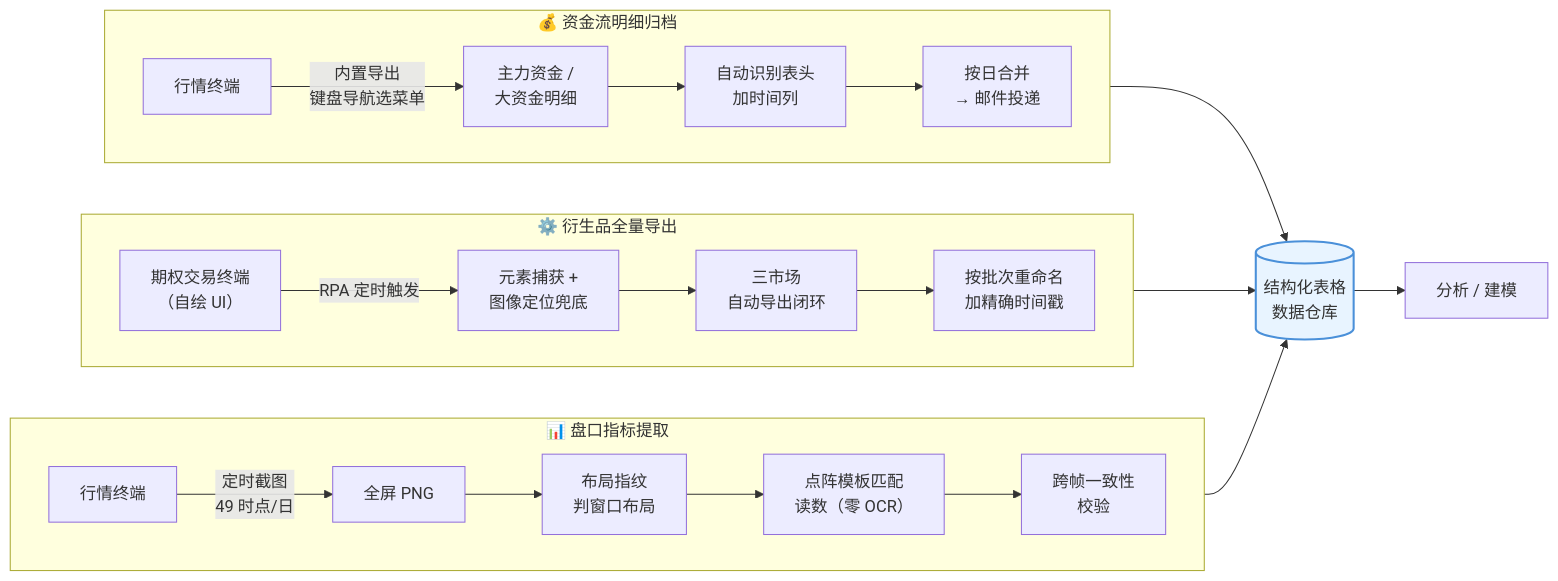
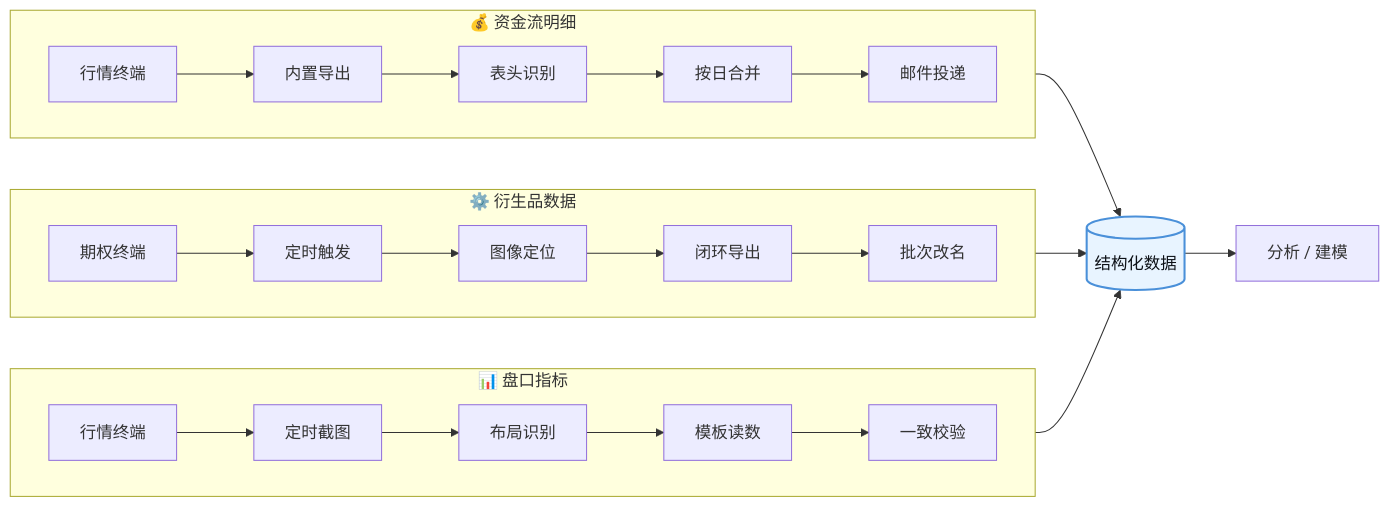
The diagram in README.md (mading007/finance-data-automation), drawn with Mermaid before and after one commit. The commit also changed other lines of this file, not shown here.

Commit message:
恢复开头；总览改三行白描；结构图对齐并修深色主题配色；成果并入盘口项目

````diff
--- a/README.md
+++ b/README.md
@@ -33,32 +29,23 @@
 ```mermaid
 flowchart LR
-    subgraph A["📊 盘口指标提取"]
+    subgraph A["📊 盘口指标"]
         direction LR
-        A1["行情终端"] -->|"定时截图<br/>49 时点/日"| A2["全屏 PNG"]
-        A2 --> A3["布局指纹<br/>判窗口布局"]
-        A3 --> A4["点阵模板匹配<br/>读数（零 OCR）"]
-        A4 --> A5["跨帧一致性<br/>校验"]
+        A1["行情终端"] --> A2["定时截图"] --> A3["布局识别"] --> A4["模板读数"] --> A5["一致校验"]
+    end
+    subgraph B["⚙️ 衍生品数据"]
+        direction LR
+        B1["期权终端"] --> B2["定时触发"] --> B3["图像定位"] --> B4["闭环导出"] --> B5["批次改名"]
+    end
+    subgraph C["💰 资金流明细"]
+        direction LR
+        C1["行情终端"] --> C2["内置导出"] --> C3["表头识别"] --> C4["按日合并"] --> C5["邮件投递"]
     end
 
-    subgraph B["⚙️ 衍生品全量导出"]
-        direction LR
-        B1["期权交易终端<br/>（自绘 UI）"] -->|"RPA 定时触发"| B2["元素捕获 +<br/>图像定位兜底"]
-        B2 --> B3["三市场<br/>自动导出闭环"]
-        B3 --> B4["按批次重命名<br/>加精确时间戳"]
-    end
-
-    subgraph C["💰 资金流明细归档"]
-        direction LR
-        C1["行情终端"] -->|"内置导出<br/>键盘导航选菜单"| C2["主力资金 /<br/>大资金明细"]
-        C2 --> C3["自动识别表头<br/>加时间列"]
-        C3 --> C4["按日合并<br/>→ 邮件投递"]
-    end
-
-    A5 --> DB[("结构化表格<br/>数据仓库")]
-    B4 --> DB
-    C4 --> DB
+    A5 --> DB[("结构化数据")]
+    B5 --> DB
+    C5 --> DB
     DB --> ML["分析 / 建模"]
 
-    classDef store fill:#e8f4ff,stroke:#4a90d9,stroke-width:2px
+    classDef store fill:#e8f4ff,stroke:#4a90d9,stroke-width:2px,color:#0d1117
     class DB store
 ```
````
